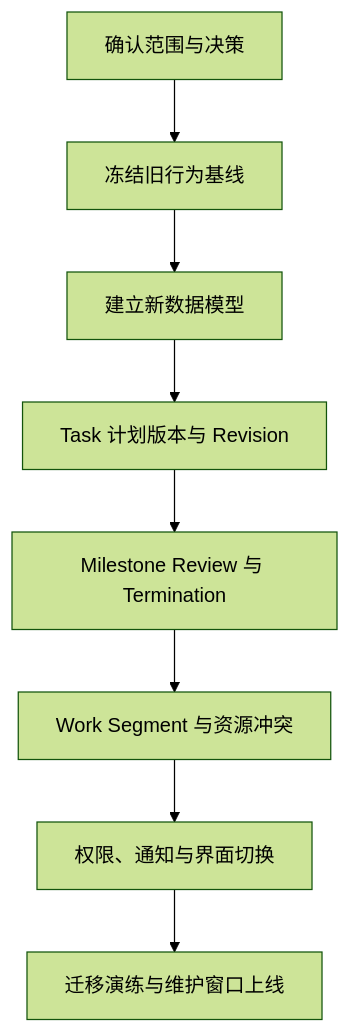
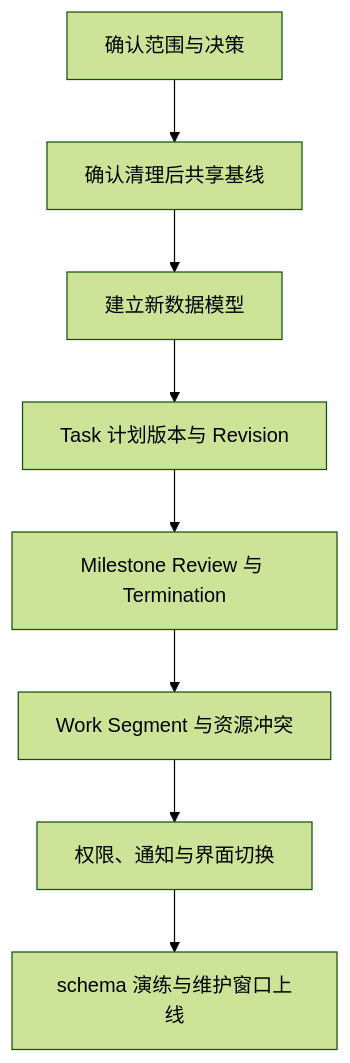
One commit to CosmosMount/management_system changed the diagram in docs/plan/README.md. Above: the diagram before and after it, drawn with Mermaid (forest theme). The commit also changed other lines of this file and 27 other files, not shown here.

````diff
--- a/docs/plan/README.md
+++ b/docs/plan/README.md
@@ -64,10 +65,10 @@
 ```mermaid
 flowchart TD
-  A["确认范围与决策"] --> B["冻结旧行为基线"]
+  A["确认范围与决策"] --> B["确认清理后共享基线"]
   B --> C["建立新数据模型"]
   C --> D["Task 计划版本与 Revision"]
   D --> E["Milestone Review 与 Termination"]
   E --> F["Work Segment 与资源冲突"]
   F --> G["权限、通知与界面切换"]
-  G --> H["迁移演练与维护窗口上线"]
+  G --> H["schema 演练与维护窗口上线"]
 ```
````
